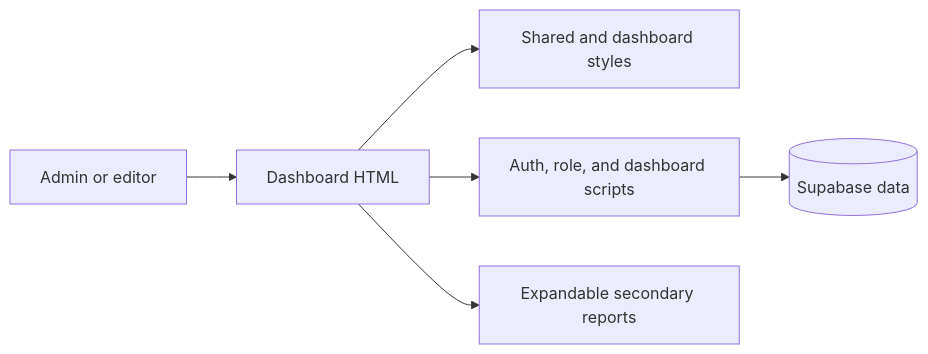
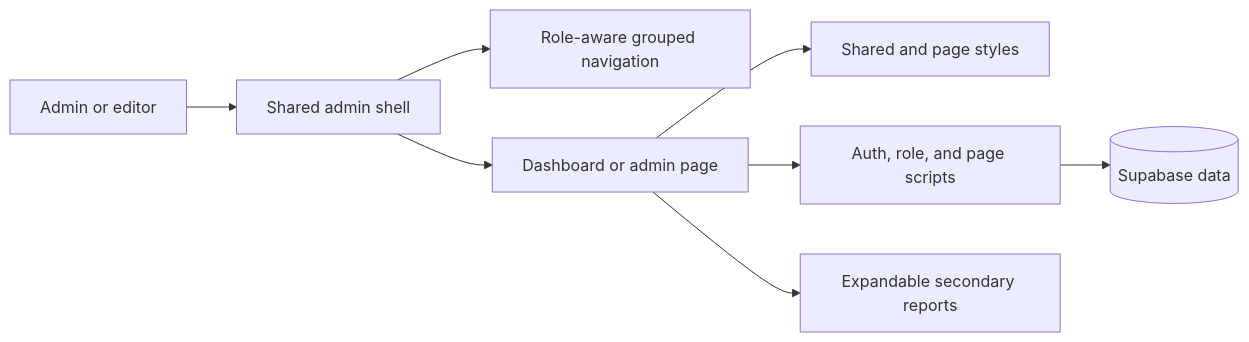
Before and after one commit to Worththanks/apsgnigeria: the diagram in docs/high-level-design.md, drawn with Mermaid. The commit also changed other lines of this file and 5 other files, not shown here.

Commit message:
feat(admin): group sidebar navigation

````diff
--- a/docs/high-level-design.md
+++ b/docs/high-level-design.md
@@ -44,8 +49,10 @@
 ```mermaid
 flowchart LR
-    Admin[Admin or editor] --> Page[Dashboard HTML]
-    Page --> Styles[Shared and dashboard styles]
-    Page --> Scripts[Auth, role, and dashboard scripts]
+    Admin[Admin or editor] --> Shell[Shared admin shell]
+    Shell --> Nav[Role-aware grouped navigation]
+    Shell --> Page[Dashboard or admin page]
+    Page --> Styles[Shared and page styles]
+    Page --> Scripts[Auth, role, and page scripts]
     Scripts --> DB[(Supabase data)]
     Page --> More[Expandable secondary reports]
 ```
````
